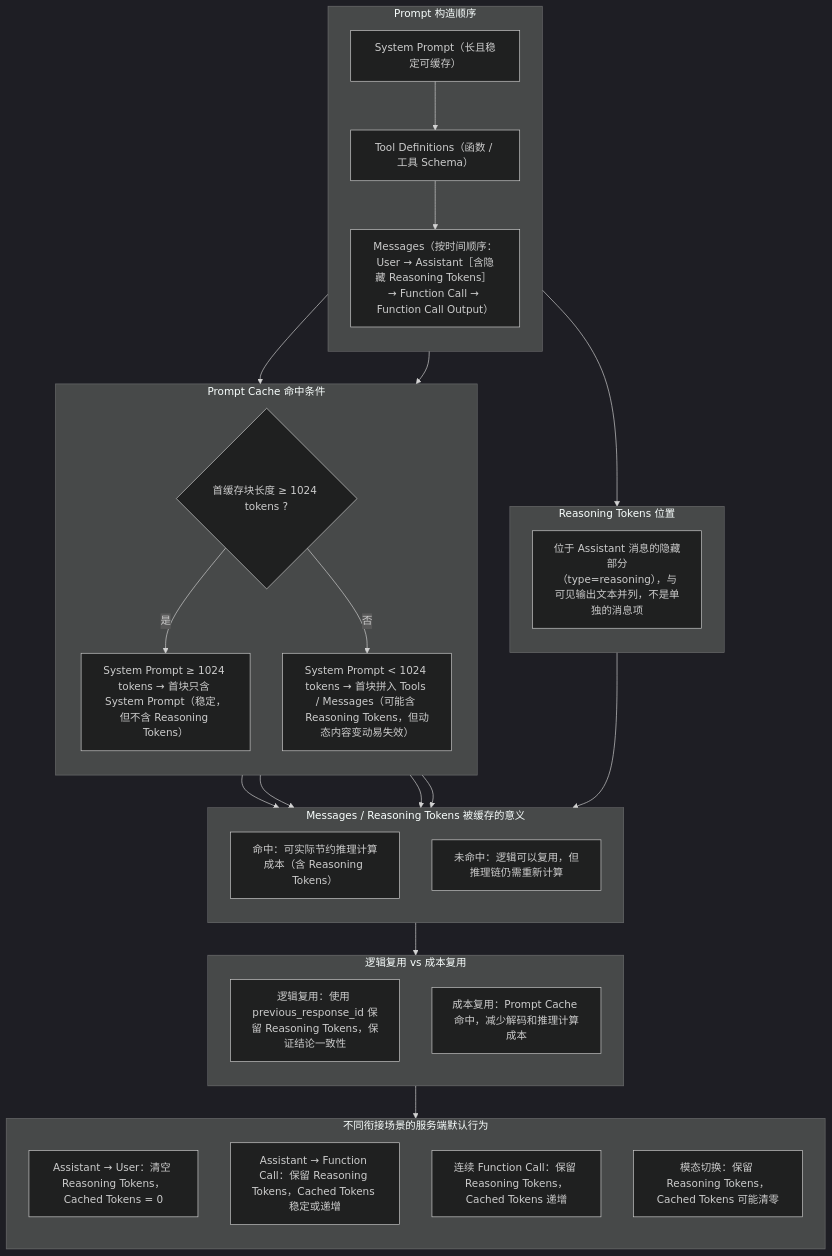
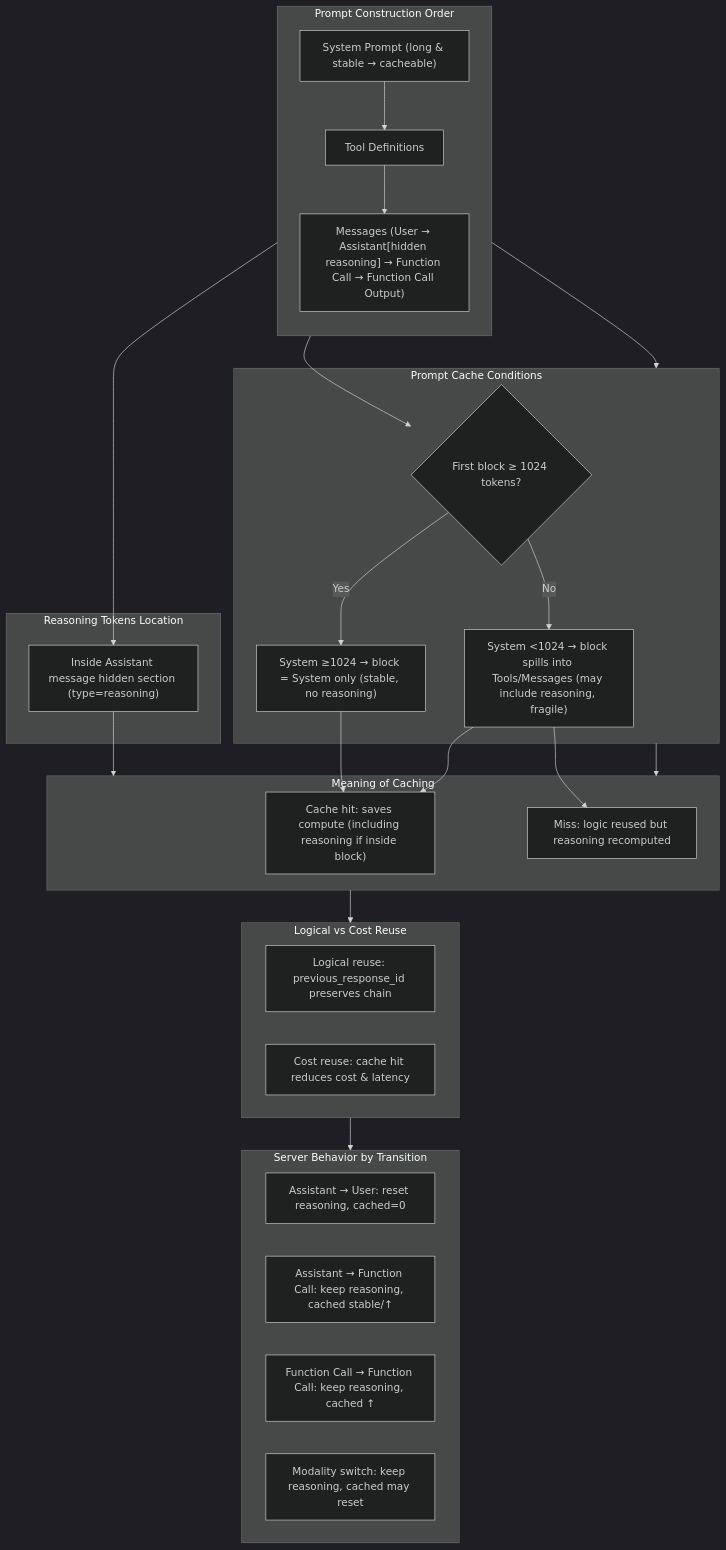
One commit to david-xinyuwei/david-share changed the diagram in Agents/AOAI-GPT5-ResponseAPI/readme.md. Above: the diagram before and after it, drawn with Mermaid (dark theme). The commit also changed other lines of this file and 6 other files, not shown here.

````diff
--- a/Agents/AOAI-GPT5-ResponseAPI/readme.md
+++ b/Agents/AOAI-GPT5-ResponseAPI/readme.md
@@ -161,63 +147,50 @@
 ```mermaid
 flowchart TB
-    %% Prompt 构造顺序
-    subgraph PromptStructure["Prompt 构造顺序"]
-        direction TB
-        Sys["System Prompt（长且稳定可缓存）"]
-        Tools["Tool Definitions（函数 / 工具 Schema）"]
-        Msgs["Messages（按时间顺序：User → Assistant［含隐藏 Reasoning Tokens］ → Function Call → Function Call Output）"]
-        Sys --> Tools --> Msgs
-    end
+		subgraph PromptStructure["Prompt Construction Order"]
+				direction TB
+				Sys["System Prompt (long & stable → cacheable)"]
+				Tools["Tool Definitions"]
+				Msgs["Messages (User → Assistant[hidden reasoning] → Function Call → Function Call Output)"]
+				Sys --> Tools --> Msgs
+		end
 
-    %% Reasoning Tokens 位置
-    subgraph COTPosition["Reasoning Tokens 位置"]
-        direction TB
-        COT["位于 Assistant 消息的隐藏部分（type=reasoning），与可见输出文本并列，不是单独的消息项"]
-    end
-    Msgs --> COT
+		subgraph COTPosition["Reasoning Tokens Location"]
+				COT["Inside Assistant message hidden section (type=reasoning)"]
+		end
+		Msgs --> COT
 
-    %% Prompt Cache 命中条件
-    subgraph CacheCondition["Prompt Cache 命中条件"]
-        direction TB
-        LenCheck{"首缓存块长度 ≥ 1024 tokens ?"}
-        SysOnly["System Prompt ≥ 1024 tokens → 首块只含 System Prompt（稳定，但不含 Reasoning Tokens）"]
-        SysShort["System Prompt < 1024 tokens → 首块拼入 Tools / Messages（可能含 Reasoning Tokens，但动态内容变动易失效）"]
+		subgraph CacheCondition["Prompt Cache Conditions"]
+				LenCheck{"First block ≥ 1024 tokens?"}
+				SysOnly["System ≥1024 → block = System only (stable, no reasoning)"]
+				SysShort["System <1024 → block spills into Tools/Messages (may include reasoning, fragile)"]
+				LenCheck -- Yes --> SysOnly
+				LenCheck -- No --> SysShort
+		end
+		Sys --> LenCheck
 
-        LenCheck -- 是 --> SysOnly
-        LenCheck -- 否 --> SysShort
-    end
-    Sys --> LenCheck
+		subgraph CacheMeaning["Meaning of Caching"]
+				SaveCost["Cache hit: saves compute (including reasoning if inside block)"]
+				NoSave["Miss: logic reused but reasoning recomputed"]
+		end
+		SysOnly --> SaveCost
+		SysShort --> SaveCost
+		SysShort --> NoSave
 
-    %% 缓存意义
-    subgraph CacheMeaning["Messages / Reasoning Tokens 被缓存的意义"]
-        direction TB
-        SaveCost["命中：可实际节约推理计算成本（含 Reasoning Tokens）"]
-        NoSave["未命中：逻辑可以复用，但推理链仍需重新计算"]
-    end
-    SysOnly --> SaveCost
-    SysShort --> SaveCost
-    SysShort --> NoSave
+		subgraph LogicVsCost["Logical vs Cost Reuse"]
+				LogicReuse["Logical reuse: previous_response_id preserves chain"]
+				CostReuse["Cost reuse: cache hit reduces cost & latency"]
+		end
 
-    %% 逻辑 vs 成本复用
-    subgraph LogicVsCost["逻辑复用 vs 成本复用"]
-        direction TB
-        LogicReuse["逻辑复用：使用 previous_response_id 保留 Reasoning Tokens，保证结论一致性"]
-        CostReuse["成本复用：Prompt Cache 命中，减少解码和推理计算成本"]
-    end
+		subgraph ServerBehavior["Server Behavior by Transition"]
+				AtoU["Assistant → User: reset reasoning, cached=0"]
+				AtoF["Assistant → Function Call: keep reasoning, cached stable/↑"]
+				FtoF["Function Call → Function Call: keep reasoning, cached ↑"]
+				ModalSwitch["Modality switch: keep reasoning, cached may reset"]
+		end
 
-    %% 服务端行为
-    subgraph ServerBehavior["不同衔接场景的服务端默认行为"]
-        direction TB
-        AtoU["Assistant → User：清空 Reasoning Tokens，Cached Tokens = 0"]
-        AtoF["Assistant → Function Call：保留 Reasoning Tokens，Cached Tokens 稳定或递增"]
-        FtoF["连续 Function Call：保留 Reasoning Tokens，Cached Tokens 递增"]
-        ModalSwitch["模态切换：保留 Reasoning Tokens，Cached Tokens 可能清零"]
-    end
-
-    %% 链接关系
-    CacheCondition --> CacheMeaning
-    PromptStructure --> CacheCondition
-    COT --> CacheMeaning
-    CacheMeaning --> LogicVsCost
-    LogicVsCost --> ServerBehavior
+		CacheCondition --> CacheMeaning
+		PromptStructure --> CacheCondition
+		COT --> CacheMeaning
+		CacheMeaning --> LogicVsCost
+		LogicVsCost --> ServerBehavior
 ```
````
